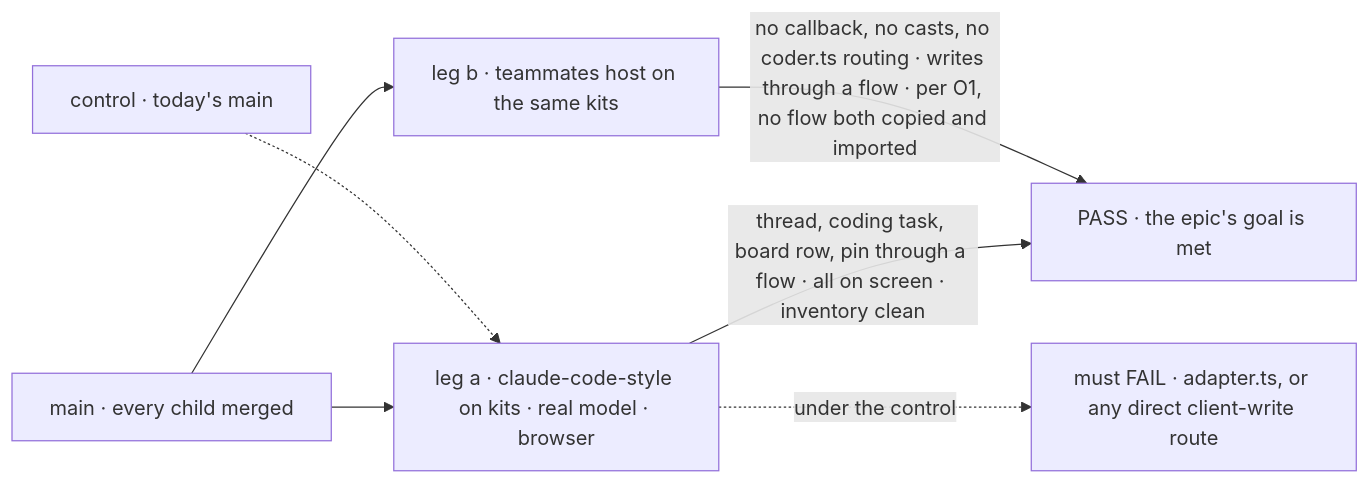
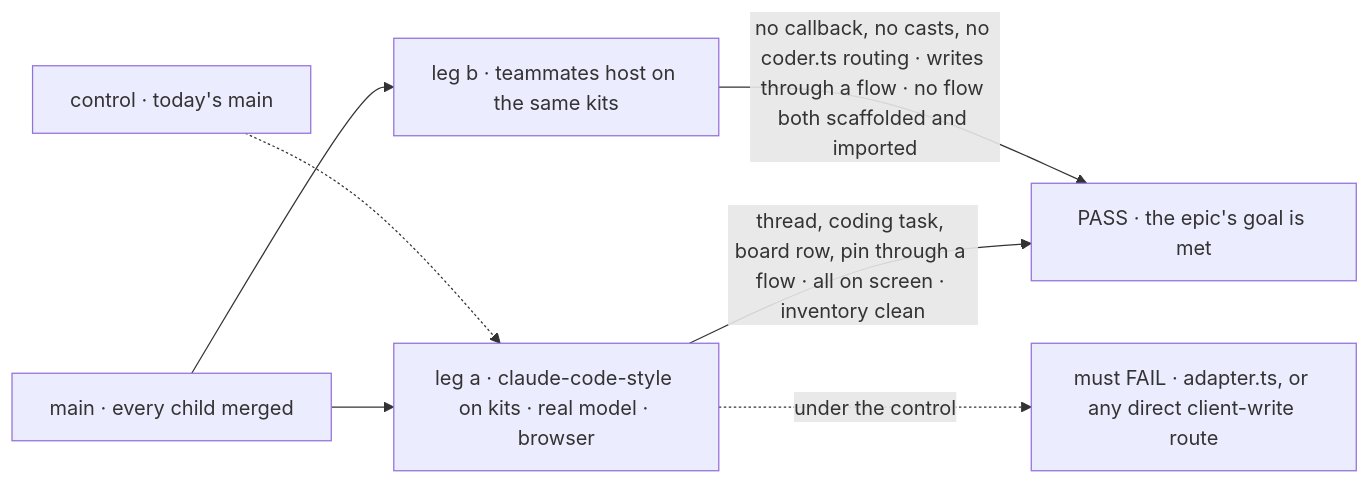
The first of 2 diagrams in specs/epics/FIX-2618/SPEC.md (fixpoint-labs/flow-state-dev), drawn with Mermaid before and after one commit. The commit also changed other lines of this file and 20 other files, not shown here.

First line of the commit message:
spec(FIX-2618): record the owner's decisions on O1, O2, O4, O5 and ER-8; amend FIX-2619 and FIX-2622

````diff
--- a/specs/epics/FIX-2618/SPEC.md
+++ b/specs/epics/FIX-2618/SPEC.md
@@ -35,9 +35,9 @@
 ```mermaid
 flowchart LR
   M["main · every child merged"] --> A["leg a · claude-code-style on kits · real model · browser"]
   M --> B["leg b · teammates host on the same kits"]
   A -->|"thread, coding task, board row, pin through a flow · all on screen · inventory clean"| P["PASS · the epic's goal is met"]
-  B -->|"no callback, no casts, no coder.ts routing · writes through a flow · per O1, no flow both copied and imported"| P
+  B -->|"no callback, no casts, no coder.ts routing · writes through a flow · no flow both scaffolded and imported"| P
   C["control · today's main"] -.-> A
   A -.->|"under the control"| F["must FAIL · adapter.ts, or any direct client-write route"]
 ```
````
